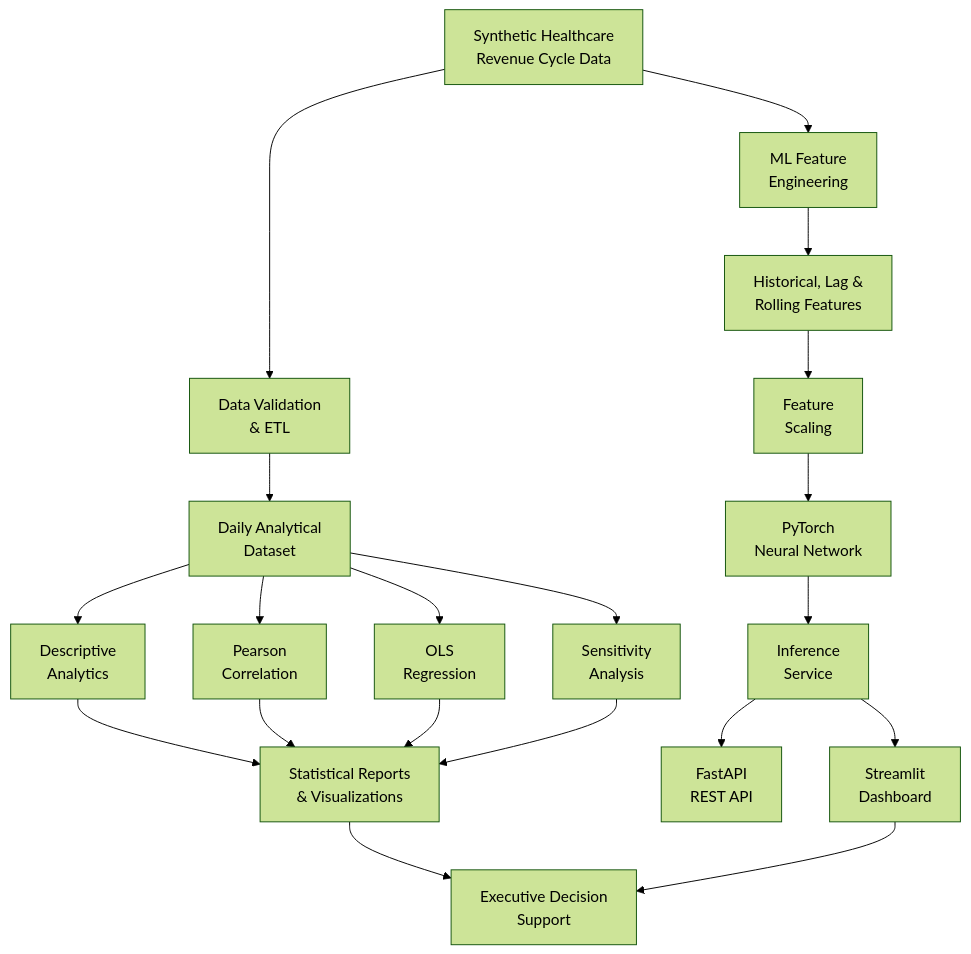
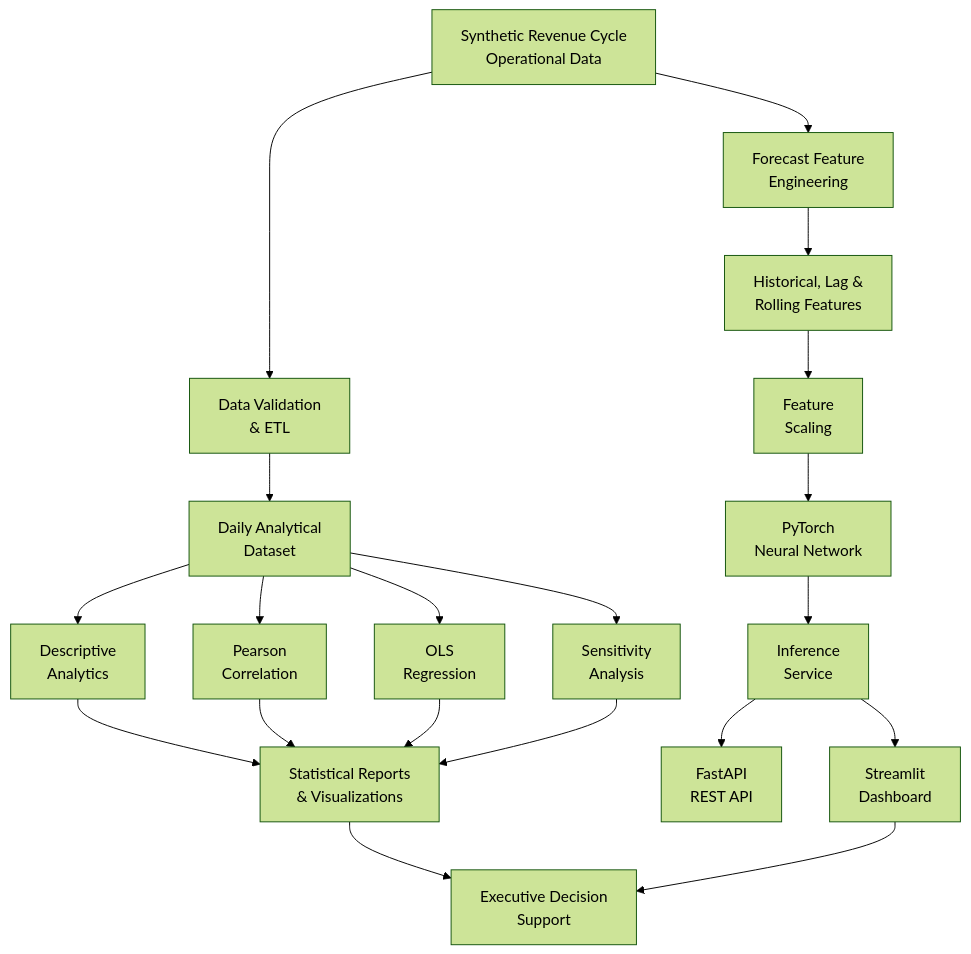
One commit to AnthonySotoData/RCO-AI changed the first of 3 diagrams in README.md. Above: the diagram before and after it, drawn with Mermaid (forest theme). The commit also changed other lines of this file, not shown here.

Commit message:
Improve README architecture and pipeline diagrams

````diff
--- a/README.md
+++ b/README.md
@@ -116,31 +116,31 @@
 ```mermaid
 flowchart TD
 
-A["Synthetic Healthcare<br/>Revenue Cycle Data"]
+A["Synthetic Revenue Cycle<br/>Operational Data"]
 
 A --> B["Data Validation<br/>& ETL"]
-A --> C["ML Feature<br/>Engineering"]
+A --> C["Forecast Feature<br/>Engineering"]
 
 B --> D["Daily Analytical<br/>Dataset"]
 
 D --> E["Descriptive<br/>Analytics"]
 D --> F["Pearson<br/>Correlation"]
 D --> G["OLS<br/>Regression"]
 D --> H["Sensitivity<br/>Analysis"]
 
 E --> I["Statistical Reports<br/>& Visualizations"]
 F --> I
 G --> I
 H --> I
 
 C --> J["Historical, Lag &<br/>Rolling Features"]
 J --> K["Feature<br/>Scaling"]
 K --> L["PyTorch<br/>Neural Network"]
 L --> M["Inference<br/>Service"]
 
 M --> N["FastAPI<br/>REST API"]
 M --> O["Streamlit<br/>Dashboard"]
 
 I --> P["Executive Decision<br/>Support"]
 O --> P
 ```
````
